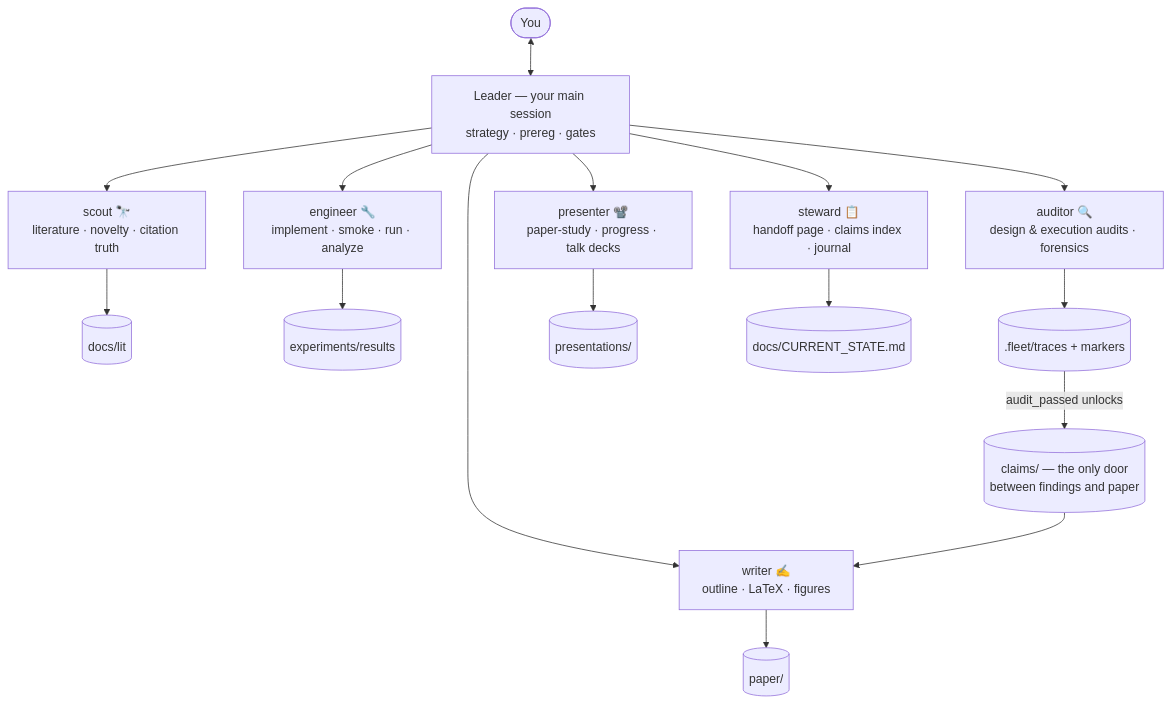
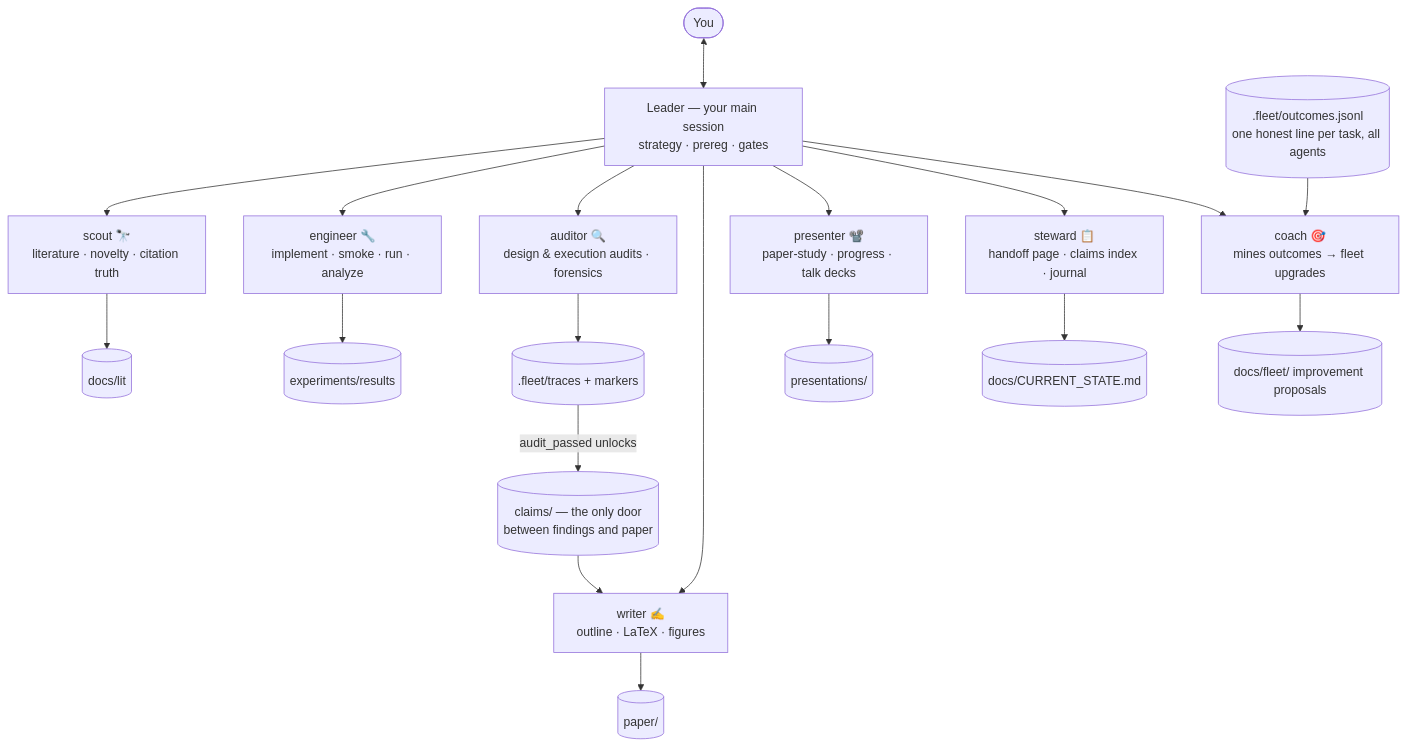
Before and after one commit to shanyuzhe/research-fleet: the diagram in README.md, drawn with Mermaid. The commit also changed other lines of this file and 18 other files, not shown here.

First line of the commit message:
feat: self-improvement loop — per-task outcome ledger + coach agent

````diff
--- a/README.md
+++ b/README.md
@@ -83,18 +83,21 @@
 ```mermaid
 flowchart TD
     U([You]) <--> L[Leader — your main session<br/>strategy · prereg · gates]
     L --> S[scout 🔭<br/>literature · novelty · citation truth]
     L --> E[engineer 🔧<br/>implement · smoke · run · analyze]
     L --> A[auditor 🔍<br/>design & execution audits · forensics]
     L --> W[writer ✍️<br/>outline · LaTeX · figures]
     L --> P[presenter 📽️<br/>paper-study · progress · talk decks]
     L --> ST[steward 📋<br/>handoff page · claims index · journal]
+    L --> C[coach 🎯<br/>mines outcomes → fleet upgrades]
     S --> lit[(docs/lit)]
     E --> res[(experiments/results)]
     A --> tr[(.fleet/traces + markers)]
     W --> paper[(paper/)]
     P --> decks[(presentations/)]
     ST --> cs[(docs/CURRENT_STATE.md)]
+    ol[(.fleet/outcomes.jsonl<br/>one honest line per task, all agents)] --> C
+    C --> fi[(docs/fleet/ improvement proposals)]
     cl[(claims/ — the only door<br/>between findings and paper)] --> W
     tr -- audit_passed unlocks --> cl
 ```
````
